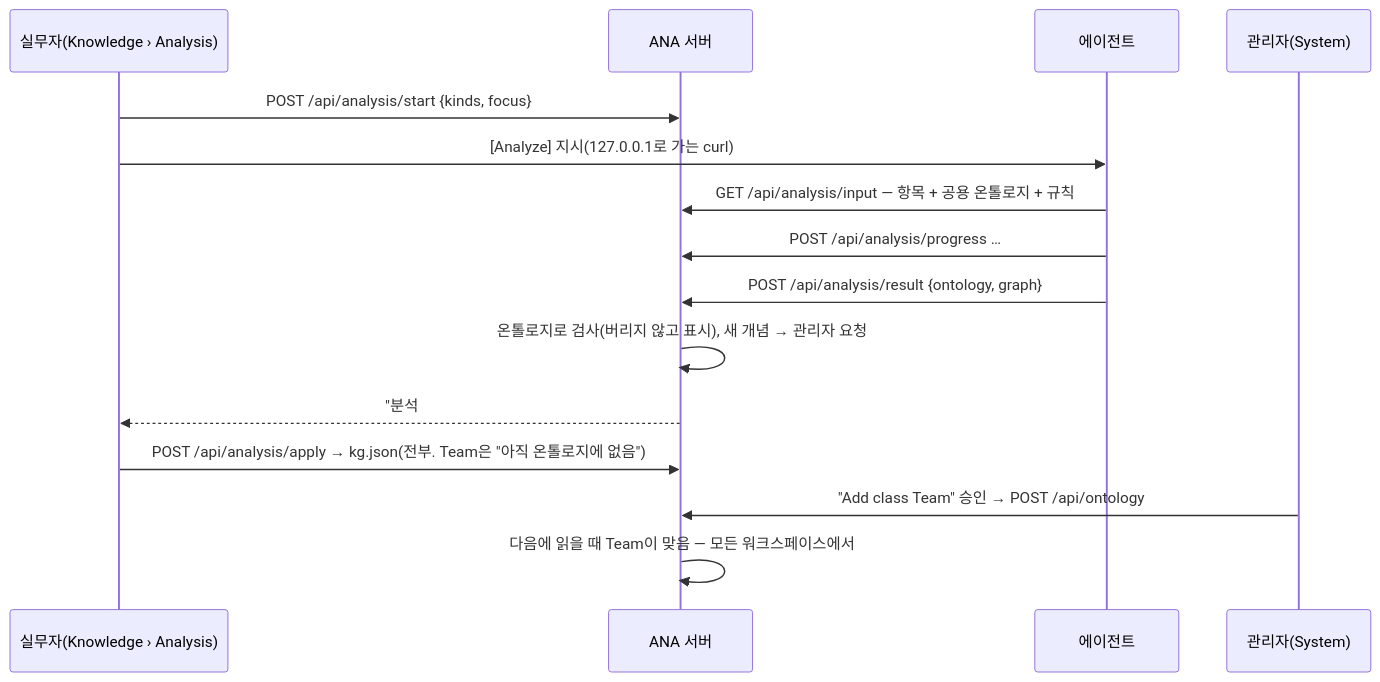
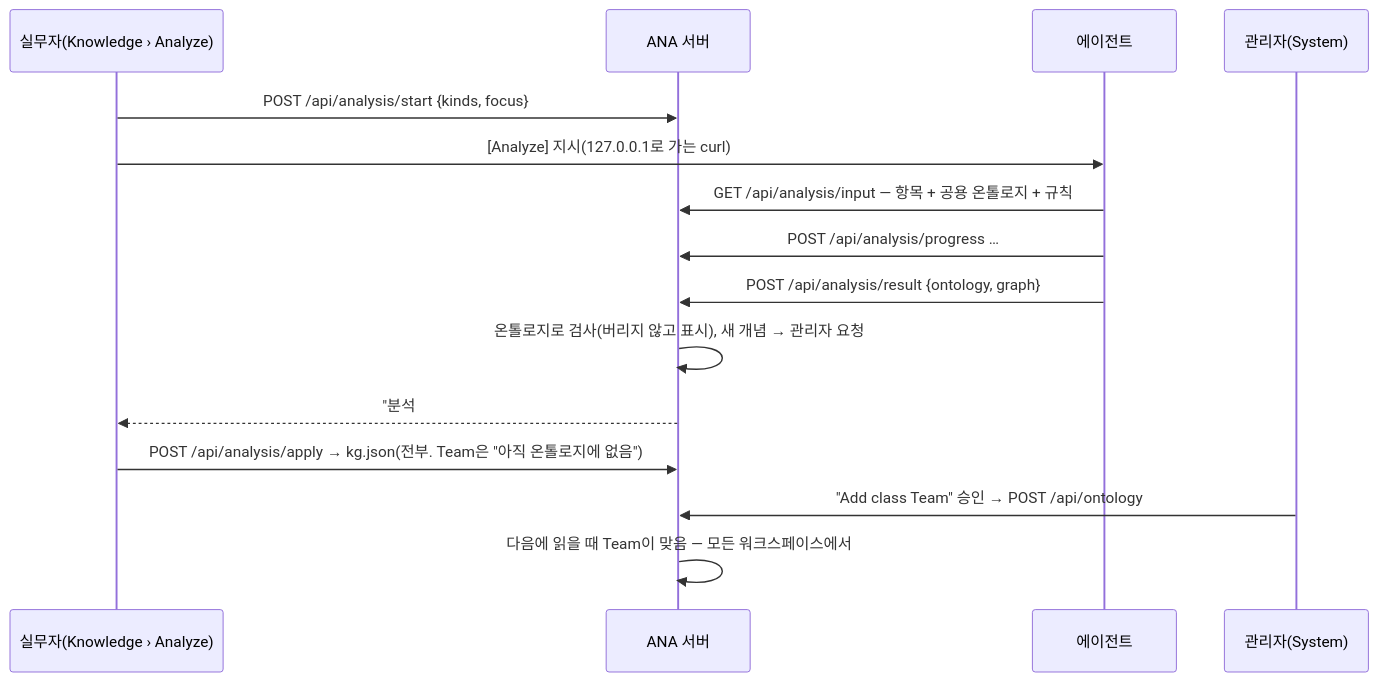
One commit to tykimos/agent-native-agent changed the second of 2 diagrams in docs/relations.ko.md. Above: the diagram before and after it, drawn with Mermaid. The commit also changed other lines of this file and 17 other files, not shown here.

````diff
--- a/docs/relations.ko.md
+++ b/docs/relations.ko.md
@@ -53,17 +127,17 @@
 ```mermaid
 sequenceDiagram
-  participant M as 실무자(Knowledge › Analysis)
+  participant M as 실무자(Knowledge › Analyze)
   participant S as ANA 서버
   participant A as 에이전트
   participant AD as 관리자(System)
   M->>S: POST /api/analysis/start {kinds, focus}
   M->>A: [Analyze] 지시(127.0.0.1로 가는 curl)
   A->>S: GET /api/analysis/input — 항목 + 공용 온톨로지 + 규칙
   A->>S: POST /api/analysis/progress …
   A->>S: POST /api/analysis/result {ontology, graph}
   S->>S: 온톨로지로 검사(버리지 않고 표시), 새 개념 → 관리자 요청
   S-->>M: "분석 #N을 지식그래프에 더할까요?"(Inbox › Approvals)
   M->>S: POST /api/analysis/apply → kg.json(전부. Team은 "아직 온톨로지에 없음")
   AD->>S: "Add class Team" 승인 → POST /api/ontology
   S->>S: 다음에 읽을 때 Team이 맞음 — 모든 워크스페이스에서
 ```
````
